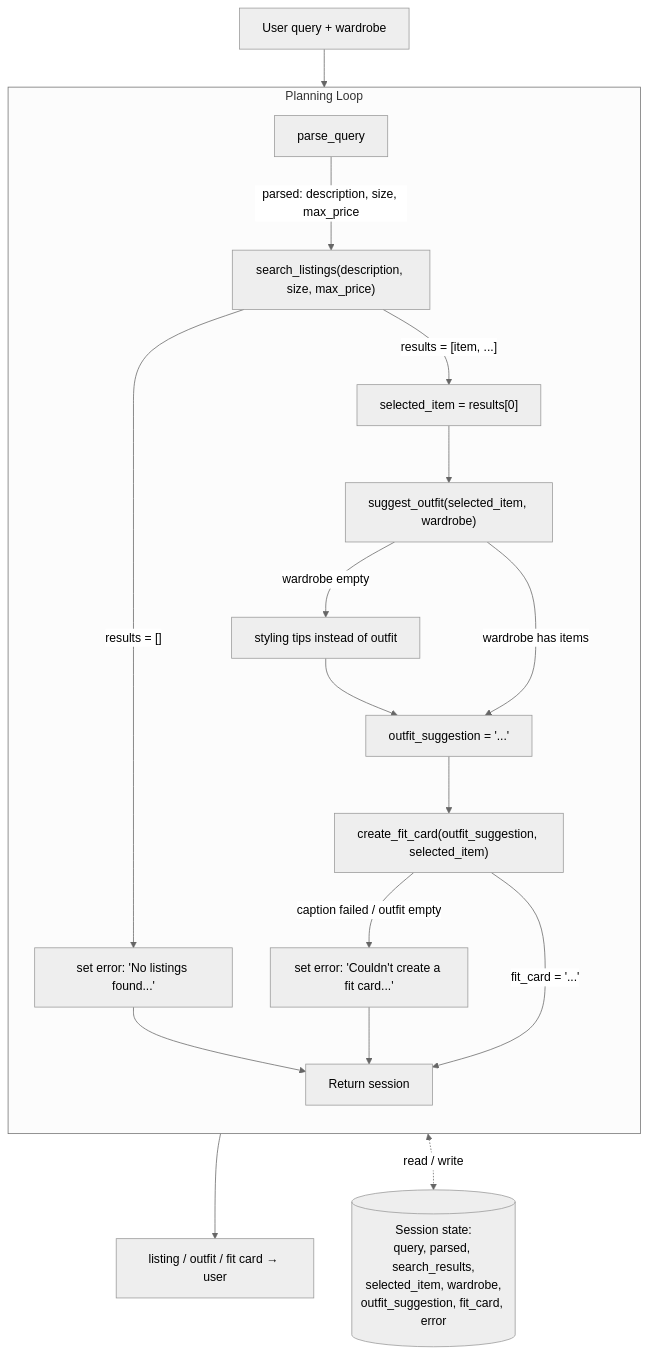
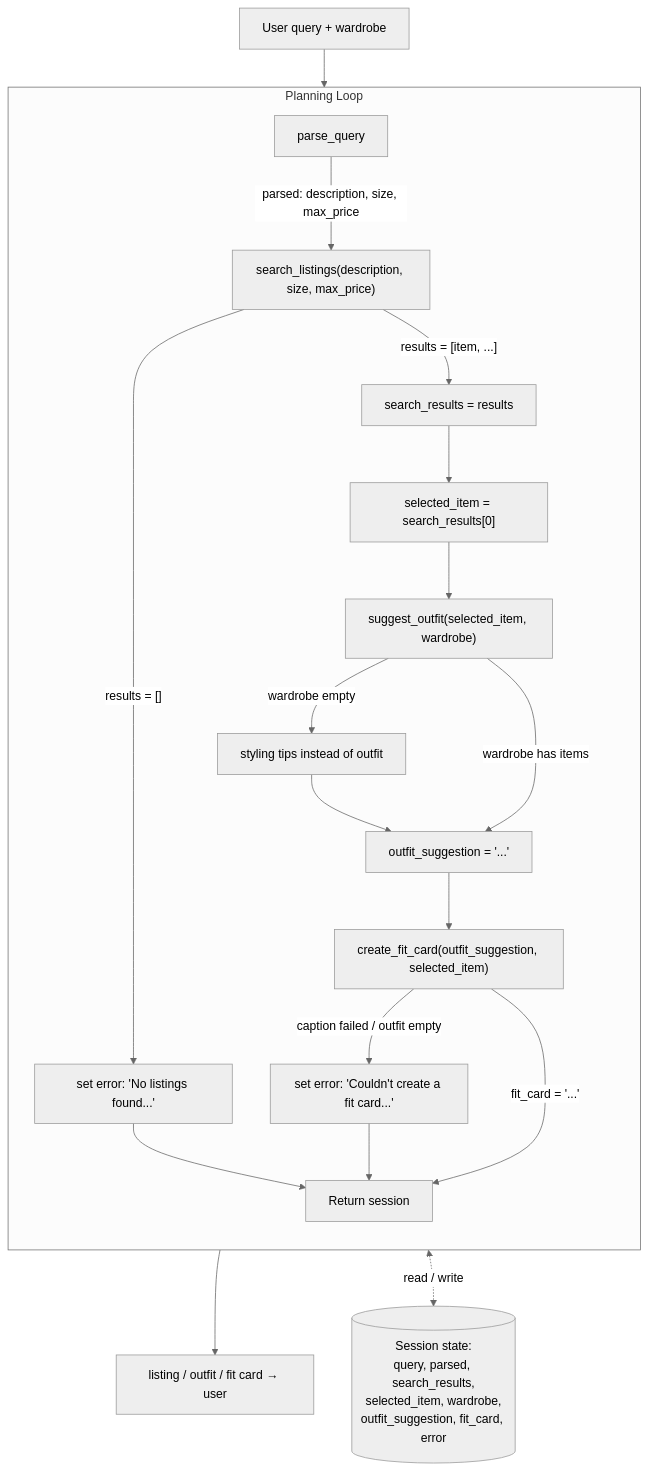
Before and after one commit to AndyNguwin/ai201-project2-fitfindr: the diagram in planning.md, drawn with Mermaid (neutral theme).

Commit message:
Updated architecture diagram to save search_results

````diff
--- a/planning.md
+++ b/planning.md
@@ -151,27 +151,28 @@
 ```mermaid
      flowchart TD
           query[User query + wardrobe] --> parse
 
           subgraph loop[Planning Loop]
                direction TB
                parse[parse_query] -->|"parsed: description, size, max_price"| search
                search["search_listings(description, size, max_price)"]
                search -->|"results = []"| ERR["set error: 'No listings found...'"]
-               search -->|"results = [item, ...]"| select["selected_item = results[0]"]
+               search -->|"results = [item, ...]"| save_results["search_results = results"]
+               save_results --> select["selected_item = search_results[0]"]
 
                select --> suggest["suggest_outfit(selected_item, wardrobe)"]
                suggest -->|"wardrobe empty"| tips["styling tips instead of outfit"]
                suggest -->|"wardrobe has items"| outfit["outfit_suggestion = '...'"]
                tips --> outfit
 
                outfit --> fit["create_fit_card(outfit_suggestion, selected_item)"]
                fit -->|"caption failed / outfit empty"| ERR2["set error: 'Couldn't create a fit card...'"]
                fit -->|"fit_card = '...'"| DONE[Return session]
                ERR --> DONE
                ERR2 --> DONE
           end
 
           DONE --> result[listing / outfit / fit card → user]
 
           loop <-.->|read / write| session[("Session state:<br/>query, parsed, search_results,<br/>selected_item, wardrobe,<br/>outfit_suggestion, fit_card, error")]
 ```
````
